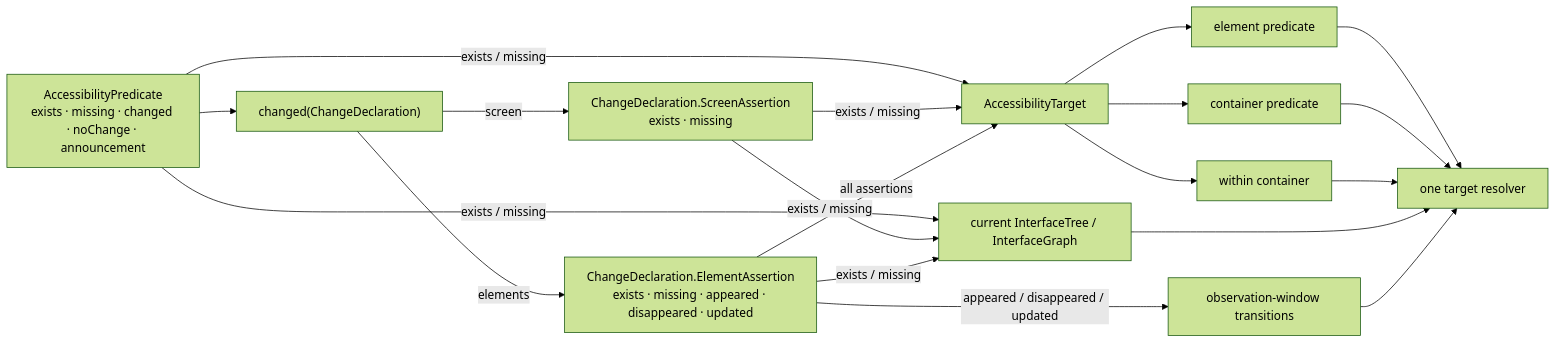
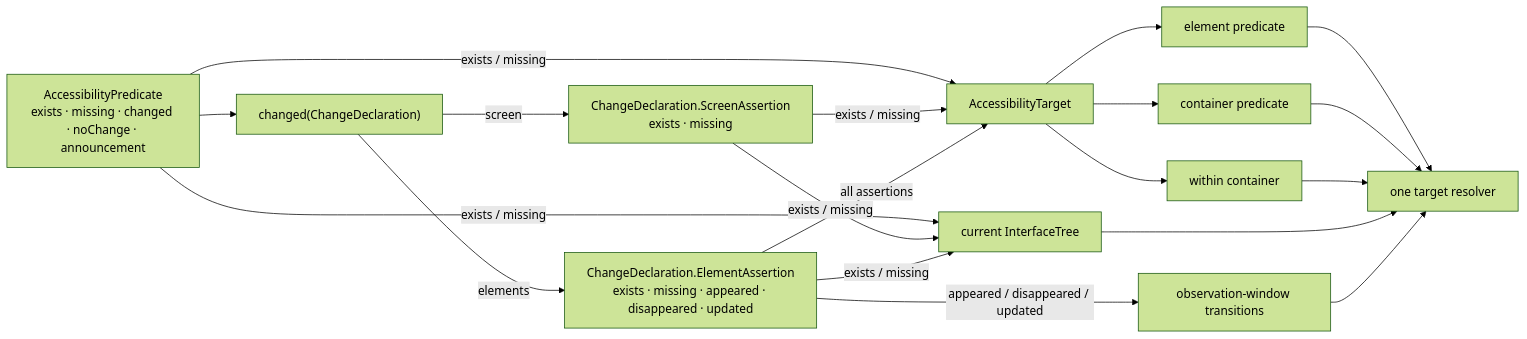
Before and after one commit to RoyalPineapple/TheButtonHeist: the second of 2 diagrams in docs/diagrams/dsl-grammar.md, drawn with Mermaid (forest theme). The commit also changed 361 other files, not shown here.

Commit message:
Consolidate Button Heist runtime architecture (#1349)

````diff
--- a/docs/diagrams/dsl-grammar.md
+++ b/docs/diagrams/dsl-grammar.md
@@ -56,32 +56,32 @@
 ```mermaid
 flowchart LR
     ROOT["AccessibilityPredicate<br/>exists · missing · changed · noChange · announcement"]
     CHANGED["changed(ChangeDeclaration)"]
     SCREEN["ChangeDeclaration.ScreenAssertion<br/>exists · missing"]
     ELEMENTS["ChangeDeclaration.ElementAssertion<br/>exists · missing · appeared · disappeared · updated"]
     TARGET["AccessibilityTarget"]
     ELEMENT["element predicate"]
     CONTAINER["container predicate"]
     WITHIN["within container"]
-    TREE["current InterfaceTree / InterfaceGraph"]
+    TREE["current InterfaceTree"]
     FACTS["observation-window transitions"]
     RESOLVE["one target resolver"]
     ROOT --> CHANGED
     CHANGED -->|screen| SCREEN
     CHANGED -->|elements| ELEMENTS
     ROOT -->|exists / missing| TARGET
     SCREEN -->|exists / missing| TARGET
     ELEMENTS -->|all assertions| TARGET
     TARGET --> ELEMENT
     TARGET --> CONTAINER
     TARGET --> WITHIN
     ELEMENT --> RESOLVE
     CONTAINER --> RESOLVE
     WITHIN --> RESOLVE
     ROOT -->|exists / missing| TREE
     SCREEN -->|exists / missing| TREE
     ELEMENTS -->|exists / missing| TREE
     TREE --> RESOLVE
     ELEMENTS -->|appeared / disappeared / updated| FACTS
     FACTS --> RESOLVE
 ```
````
